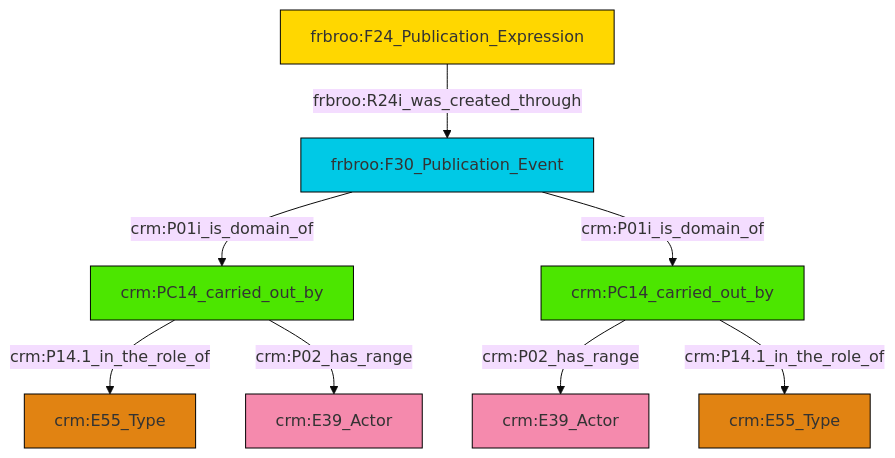
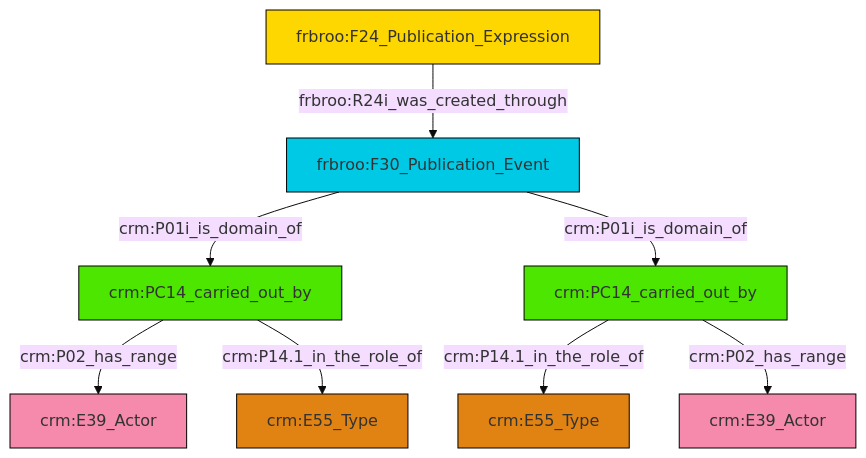
The diagram in et/biblioCSV/ttl/mmd/biblio_actor_relations.ttl.mmd (swiss-art-research-net/reference-data-models), drawn with Mermaid (base theme) before and after one commit. The commit also changed 125 other files, not shown here.

```diff
--- a/et/biblioCSV/ttl/mmd/biblio_actor_relations.ttl.mmd
+++ b/et/biblioCSV/ttl/mmd/biblio_actor_relations.ttl.mmd
@@ -1,22 +1,22 @@
 graph TD
 classDef Literal fill:#f2f2f2,stroke:#000000;
 classDef CRM_Entity fill:#FFFFFF,stroke:#000000;
 classDef Temporal_Entity fill:#00C9E6, stroke:#000000;
 classDef Type fill:#E18312, stroke:#000000;
 classDef Time-Span fill:#2C9C91, stroke:#000000;
 classDef Appellation fill:#FFEB7F, stroke:#000000;
 classDef Place fill:#008836, stroke:#000000;
 classDef Persistent_Item fill:#B266B2, stroke:#000000;
 classDef Conceptual_Object fill:#FFD700, stroke:#000000;
 classDef Physical_Thing fill:#D2B48C, stroke:#000000;
 classDef Actor fill:#f58aad, stroke:#000000;
 classDef PC_Classes fill:#4ce600, stroke:#000000;
 classDef Multi fill:#cccccc,stroke:#000000;
 
-0["crm:PC14_carried_out_by"]:::PC_Classes -->|crm:P14.1_in_the_role_of| 1["crm:E55_Type"]:::Type
-2["crm:PC14_carried_out_by"]:::PC_Classes -->|crm:P02_has_range| 3["crm:E39_Actor"]:::Actor
-9["frbroo:F24_Publication_Expression"]:::Conceptual_Object -->|frbroo:R24i_was_created_through| 10["frbroo:F30_Publication_Event"]:::Temporal_Entity
-0["crm:PC14_carried_out_by"]:::PC_Classes -->|crm:P02_has_range| 4["crm:E39_Actor"]:::Actor
-10["frbroo:F30_Publication_Event"]:::Temporal_Entity -->|crm:P01i_is_domain_of| 0["crm:PC14_carried_out_by"]:::PC_Classes
-10["frbroo:F30_Publication_Event"]:::Temporal_Entity -->|crm:P01i_is_domain_of| 2["crm:PC14_carried_out_by"]:::PC_Classes
-2["crm:PC14_carried_out_by"]:::PC_Classes -->|crm:P14.1_in_the_role_of| 7["crm:E55_Type"]:::Type
+2["crm:PC14_carried_out_by"]:::PC_Classes -->|crm:P14.1_in_the_role_of| 0["crm:E55_Type"]:::Type
+5["frbroo:F30_Publication_Event"]:::Temporal_Entity -->|crm:P01i_is_domain_of| 6["crm:PC14_carried_out_by"]:::PC_Classes
+6["crm:PC14_carried_out_by"]:::PC_Classes -->|crm:P02_has_range| 3["crm:E39_Actor"]:::Actor
+5["frbroo:F30_Publication_Event"]:::Temporal_Entity -->|crm:P01i_is_domain_of| 2["crm:PC14_carried_out_by"]:::PC_Classes
+2["crm:PC14_carried_out_by"]:::PC_Classes -->|crm:P02_has_range| 8["crm:E39_Actor"]:::Actor
+10["frbroo:F24_Publication_Expression"]:::Conceptual_Object -->|frbroo:R24i_was_created_through| 5["frbroo:F30_Publication_Event"]:::Temporal_Entity
+6["crm:PC14_carried_out_by"]:::PC_Classes -->|crm:P14.1_in_the_role_of| 12["crm:E55_Type"]:::Type
```
